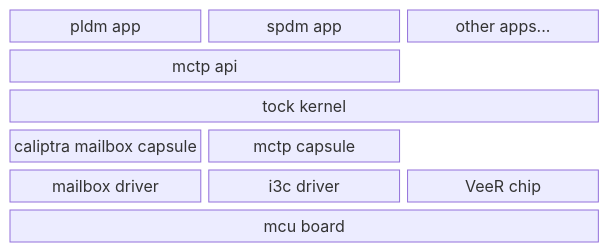
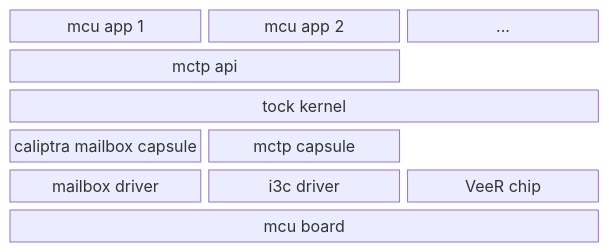
Before and after one commit to chipsalliance/caliptra-mcu-sw: the diagram in docs/src/mcu.md, drawn with Mermaid.

Commit message:
Change name of apps

````diff
--- a/docs/src/mcu.md
+++ b/docs/src/mcu.md
@@ -27,17 +27,17 @@
 ```mermaid
 block-beta
   columns 3
-  pldm&nbsp;app
-  spdm&nbsp;app
-  other&nbsp;apps...
+  mcu&nbsp;app&nbsp;1
+  mcu&nbsp;app&nbsp;2
+  ...
   mctp&nbsp;api:2
   space:1
   tock&nbsp;kernel:3
   caliptra&nbsp;mailbox&nbsp;capsule
   mctp&nbsp;capsule
   space:1
   mailbox&nbsp;driver
   i3c&nbsp;driver
   VeeR&nbsp;chip
   mcu&nbsp;board:3
 ```
````
